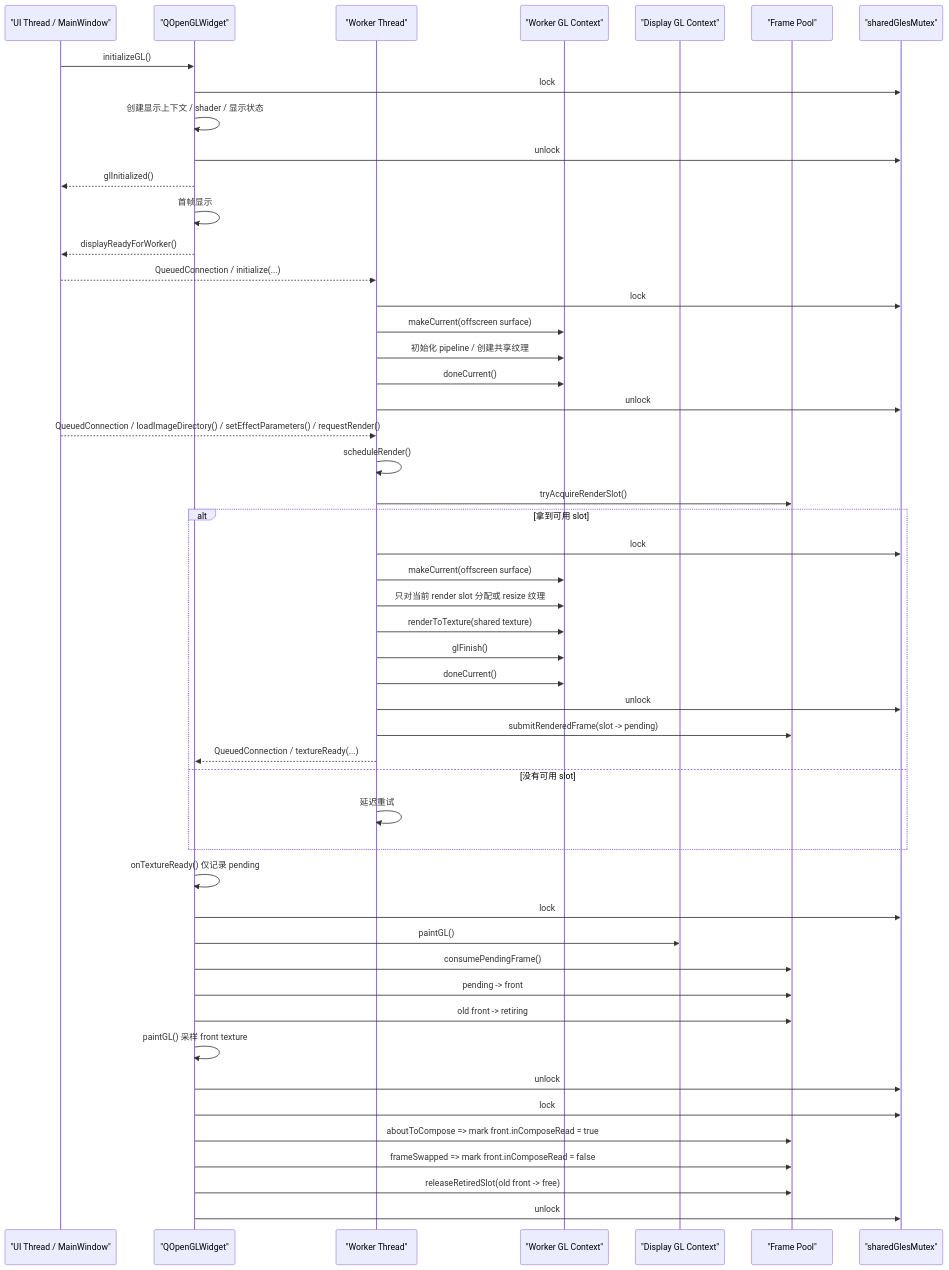
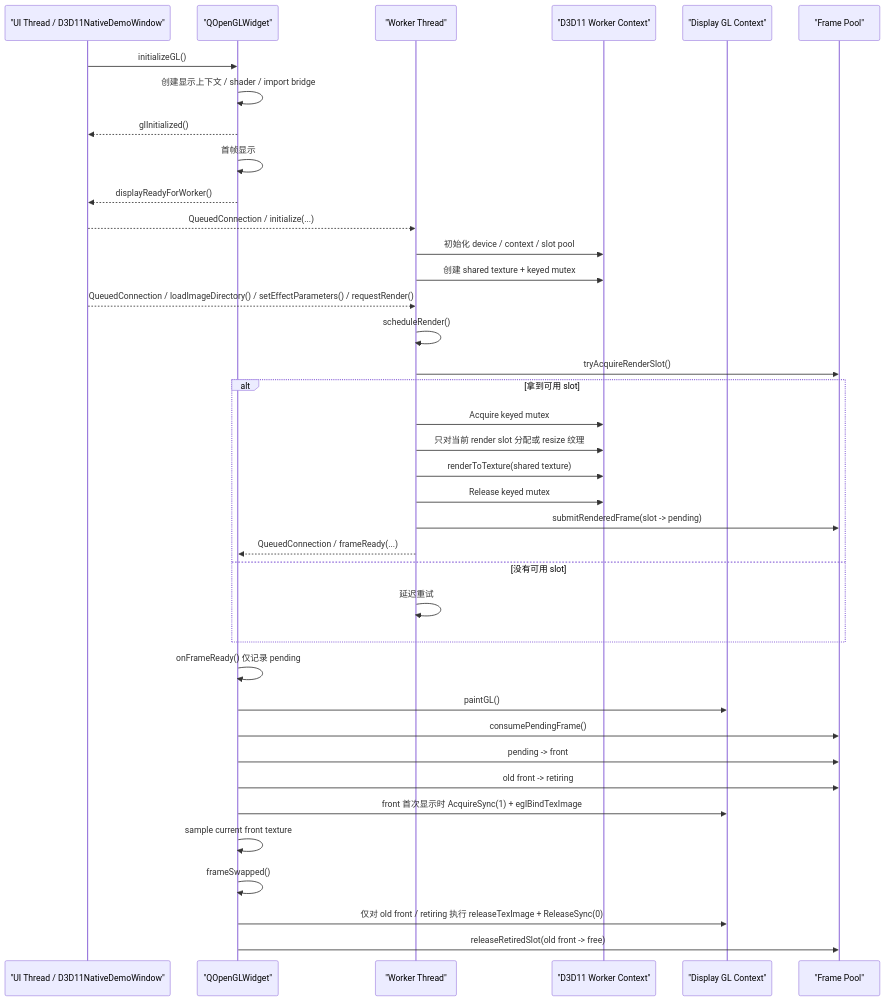
The diagram in README.md (Peranger1/Gles2AsyncRender), drawn with Mermaid before and after one commit. The commit also changed other lines of this file and 29 other files, not shown here.

Commit message:
Switch to D3D11 shared texture display path

````diff
--- a/README.md
+++ b/README.md
@@ -110,58 +103,46 @@
 ```mermaid
 sequenceDiagram
-    participant UI as "UI Thread / MainWindow"
+    participant UI as "UI Thread / D3D11NativeDemoWindow"
     participant Widget as "QOpenGLWidget"
     participant Worker as "Worker Thread"
-    participant WCtx as "Worker GL Context"
-    participant DCtx as "Display GL Context"
+    participant D3D as "D3D11 Worker Context"
+    participant GL as "Display GL Context"
     participant Pool as "Frame Pool"
-    participant Lock as "sharedGlesMutex"
 
     UI->>Widget: initializeGL()
-    Widget->>Lock: lock
-    Widget->>Widget: 创建显示上下文 / shader / 显示状态
-    Widget->>Lock: unlock
+    Widget->>Widget: 创建显示上下文 / shader / import bridge
     Widget-->>UI: glInitialized()
 
     Widget->>Widget: 首帧显示
     Widget-->>UI: displayReadyForWorker()
 
     UI-->>Worker: QueuedConnection / initialize(...)
-    Worker->>Lock: lock
-    Worker->>WCtx: makeCurrent(offscreen surface)
-    Worker->>WCtx: 初始化 pipeline / 创建共享纹理
-    Worker->>WCtx: doneCurrent()
-    Worker->>Lock: unlock
+    Worker->>D3D: 初始化 device / context / slot pool
+    Worker->>D3D: 创建 shared texture + keyed mutex
 
     UI-->>Worker: QueuedConnection / loadImageDirectory() / setEffectParameters() / requestRender()
     Worker->>Worker: scheduleRender()
     Worker->>Pool: tryAcquireRenderSlot()
 
     alt 拿到可用 slot
-        Worker->>Lock: lock
-        Worker->>WCtx: makeCurrent(offscreen surface)
-        Worker->>WCtx: 只对当前 render slot 分配或 resize 纹理
-        Worker->>WCtx: renderToTexture(shared texture)
-        Worker->>WCtx: glFinish()
-        Worker->>WCtx: doneCurrent()
-        Worker->>Lock: unlock
+        Worker->>D3D: Acquire keyed mutex
+        Worker->>D3D: 只对当前 render slot 分配或 resize 纹理
+        Worker->>D3D: renderToTexture(shared texture)
+        Worker->>D3D: Release keyed mutex
         Worker->>Pool: submitRenderedFrame(slot -> pending)
-        Worker-->>Widget: QueuedConnection / textureReady(...)
+        Worker-->>Widget: QueuedConnection / frameReady(...)
     else 没有可用 slot
         Worker->>Worker: 延迟重试
     end
 
-    Widget->>Widget: onTextureReady() 仅记录 pending
-    Widget->>Lock: lock
-    Widget->>DCtx: paintGL()
+    Widget->>Widget: onFrameReady() 仅记录 pending
+    Widget->>GL: paintGL()
     Widget->>Pool: consumePendingFrame()
     Widget->>Pool: pending -> front
     Widget->>Pool: old front -> retiring
-    Widget->>Widget: paintGL() 采样 front texture
-    Widget->>Lock: unlock
-    Widget->>Lock: lock
-    Widget->>Pool: aboutToCompose => mark front.inComposeRead = true
-    Widget->>Pool: frameSwapped => mark front.inComposeRead = false
+    Widget->>GL: front 首次显示时 AcquireSync(1) + eglBindTexImage
+    Widget->>Widget: sample current front texture
+    Widget->>Widget: frameSwapped()
+    Widget->>GL: 仅对 old front / retiring 执行 releaseTexImage + ReleaseSync(0)
     Widget->>Pool: releaseRetiredSlot(old front -> free)
-    Widget->>Lock: unlock
 ```
````
